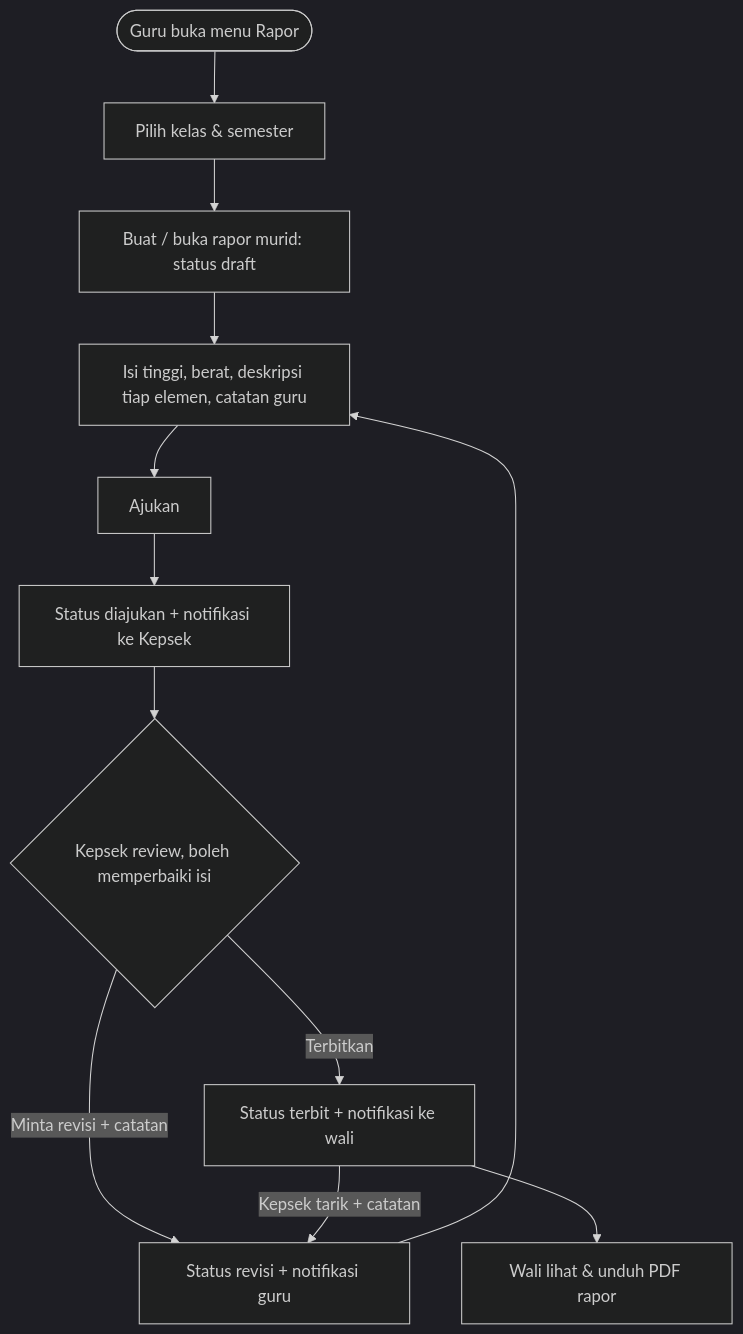
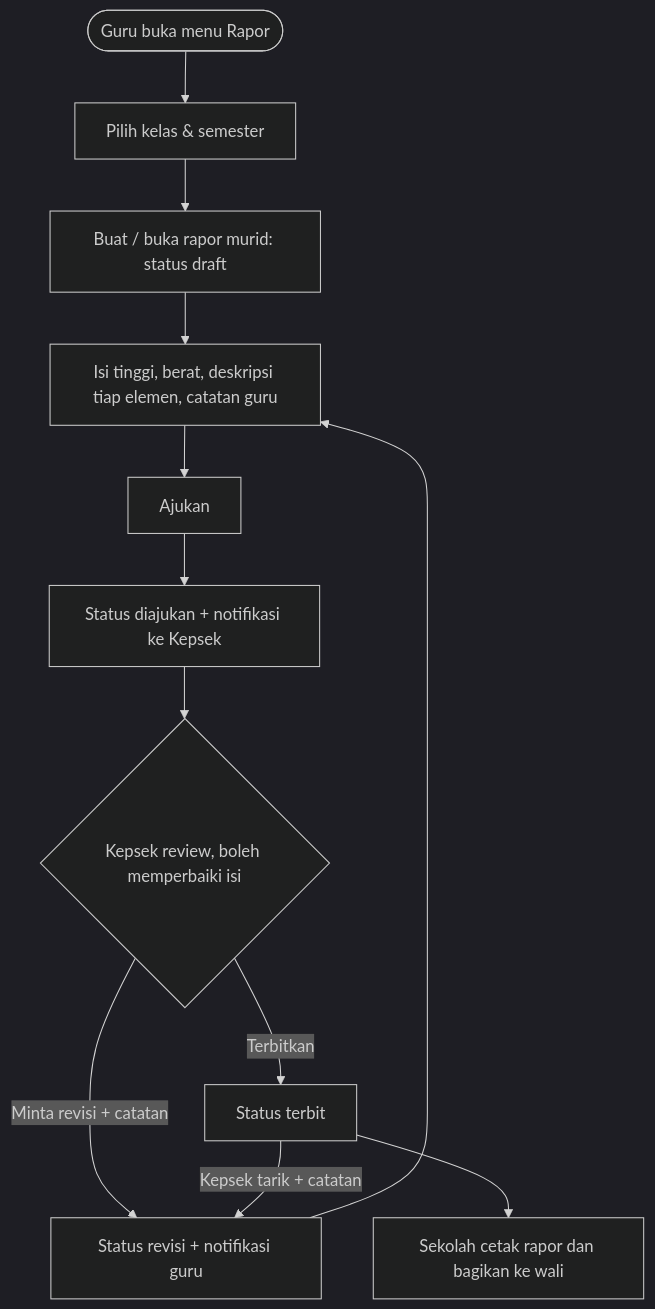
One commit to Keyanffz/TK_TA8_BE changed the fourth of 8 diagrams in PROMPT_BE_TK.md. Above: the diagram before and after it, drawn with Mermaid (dark theme). The commit also changed other lines of this file and 4 other files, not shown here.

````diff
--- a/PROMPT_BE_TK.md
+++ b/PROMPT_BE_TK.md
@@ -395,14 +391,14 @@
 ```mermaid
 flowchart TD
     A([Guru buka menu Rapor]) --> B[Pilih kelas & semester]
     B --> C[Buat / buka rapor murid: status draft]
     C --> D[Isi tinggi, berat, deskripsi tiap elemen, catatan guru]
     D --> E[Ajukan]
     E --> F[Status diajukan + notifikasi ke Kepsek]
     F --> G{Kepsek review, boleh memperbaiki isi}
     G -->|Minta revisi + catatan| H[Status revisi + notifikasi guru]
     H --> D
-    G -->|Terbitkan| I[Status terbit + notifikasi ke wali]
-    I --> J[Wali lihat & unduh PDF rapor]
+    G -->|Terbitkan| I[Status terbit]
+    I --> J[Sekolah cetak rapor dan bagikan ke wali]
     I -->|Kepsek tarik + catatan| H
 ```
````
